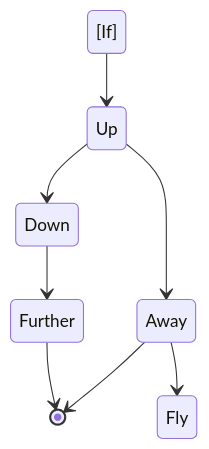
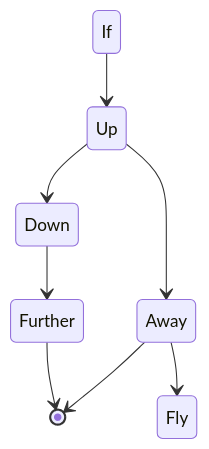
One commit to slaucks/slaucks.github.io changed the diagram in Diagram.md. Above: the diagram before and after it, drawn with Mermaid.

````diff
--- a/Diagram.md
+++ b/Diagram.md
@@ -1,12 +1,12 @@
 ```mermaid
 
 stateDiagram-v2
-    [If] --> Up
+    If --> Up
     Up --> Down
 
     Down --> Further
     Up --> Away
     Away --> Fly
     Further --> [*]
     Away --> [*]
 ```
````
